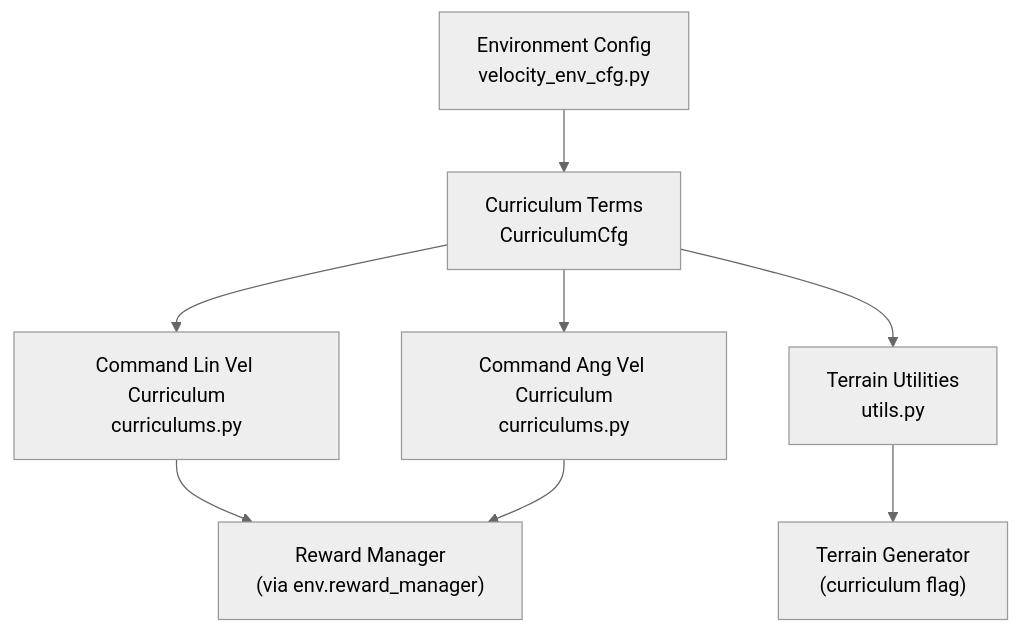
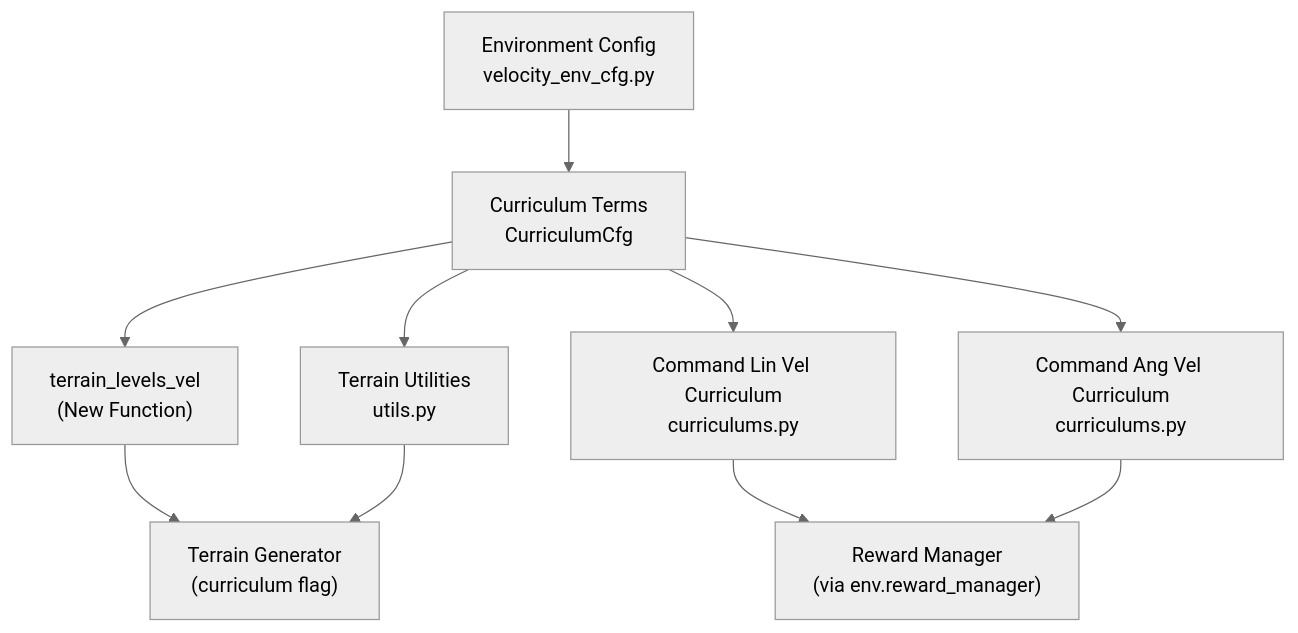
Before and after one commit to jayjayhust/robot_lab: the first of 8 diagrams in .qoder/repowiki/en/content/Task Configuration Framework/Velocity-Based Locomotion Tasks/Curriculum Learning and Difficulty Progression.md, drawn with Mermaid (neutral theme). The commit also changed other lines of this file and 168 other files, not shown here.

````diff
--- a/.qoder/repowiki/en/content/Task Configuration Framework/Velocity-Based Locomotion Tasks/Curriculum Learning and Difficulty Progression.md
+++ b/.qoder/repowiki/en/content/Task Configuration Framework/Velocity-Based Locomotion Tasks/Curriculum Learning and Difficulty Progression.md
@@ -38,10 +54,12 @@
 ```mermaid
 graph TB
 EnvCfg["Environment Config<br/>velocity_env_cfg.py"] --> CurTerm["Curriculum Terms<br/>CurriculumCfg"]
+CurTerm --> TerrainVel["terrain_levels_vel<br/>(New Function)"]
 CurTerm --> CmdLin["Command Lin Vel Curriculum<br/>curriculums.py"]
 CurTerm --> CmdAng["Command Ang Vel Curriculum<br/>curriculums.py"]
 CurTerm --> Utils["Terrain Utilities<br/>utils.py"]
+TerrainVel --> TerrainGen["Terrain Generator<br/>(curriculum flag)"]
 CmdLin --> RewardMgr["Reward Manager<br/>(via env.reward_manager)"]
 CmdAng --> RewardMgr
-Utils --> TerrainGen["Terrain Generator<br/>(curriculum flag)"]
+Utils --> TerrainGen
 ```
````
